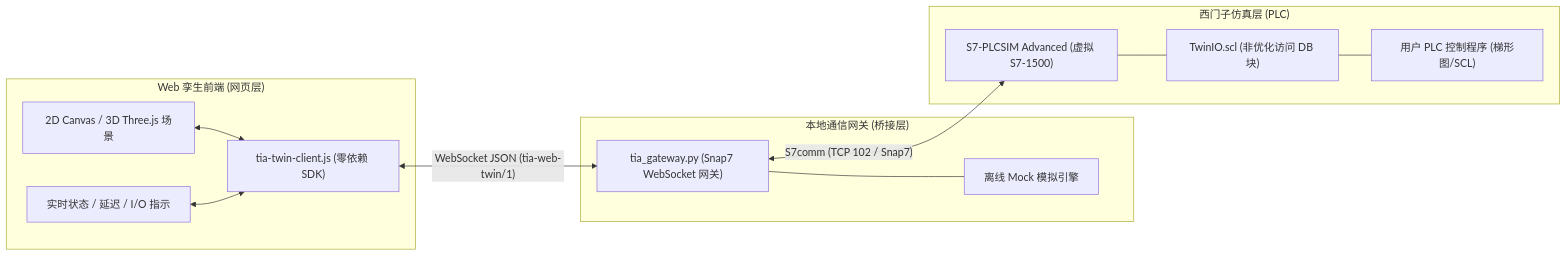
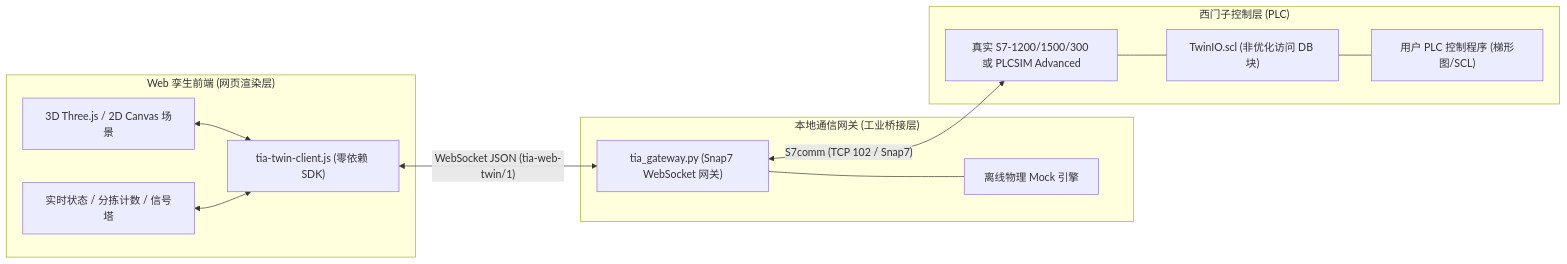
One commit to xukuncai-hub/siemens-s7-web-twin changed the diagram in README.md. Above: the diagram before and after it, drawn with Mermaid. The commit also changed other lines of this file, not shown here.

Commit message:
docs: update README with real PLC hardware support, Win11 24H2 launchers, and dual architecture

````diff
--- a/README.md
+++ b/README.md
@@ -55,27 +57,27 @@
 ```mermaid
 graph LR
-    subgraph WebApp ["Web 孪生前端 (网页层)"]
-        Scene["2D Canvas / 3D Three.js 场景"]
-        HUD["实时状态 / 延迟 / I/O 指示"]
+    subgraph WebApp ["Web 孪生前端 (网页渲染层)"]
+        Scene["3D Three.js / 2D Canvas 场景"]
+        HUD["实时状态 / 分拣计数 / 信号塔"]
         Client["tia-twin-client.js (零依赖 SDK)"]
         Scene <--> Client
         HUD <--> Client
     end
 
-    subgraph Gateway ["本地通信网关 (桥接层)"]
+    subgraph Gateway ["本地通信网关 (工业桥接层)"]
         Bridge["tia_gateway.py (Snap7 WebSocket 网关)"]
-        Mock["离线 Mock 模拟引擎"]
+        Mock["离线物理 Mock 引擎"]
         Bridge --- Mock
     end
 
-    subgraph Siemens ["西门子仿真层 (PLC)"]
-        PLCSIM["S7-PLCSIM Advanced (虚拟 S7-1500)"]
+    subgraph Siemens ["西门子控制层 (PLC)"]
+        PLCTarget["真实 S7-1200/1500/300 或 PLCSIM Advanced"]
         DB["TwinIO.scl (非优化访问 DB 块)"]
         Logic["用户 PLC 控制程序 (梯形图/SCL)"]
-        PLCSIM --- DB
+        PLCTarget --- DB
         DB --- Logic
     end
 
     Client -- "WebSocket JSON (tia-web-twin/1)" <--> Bridge
-    Bridge -- "S7comm (TCP 102 / Snap7)" <--> PLCSIM
+    Bridge -- "S7comm (TCP 102 / Snap7)" <--> PLCTarget
 ```
````
